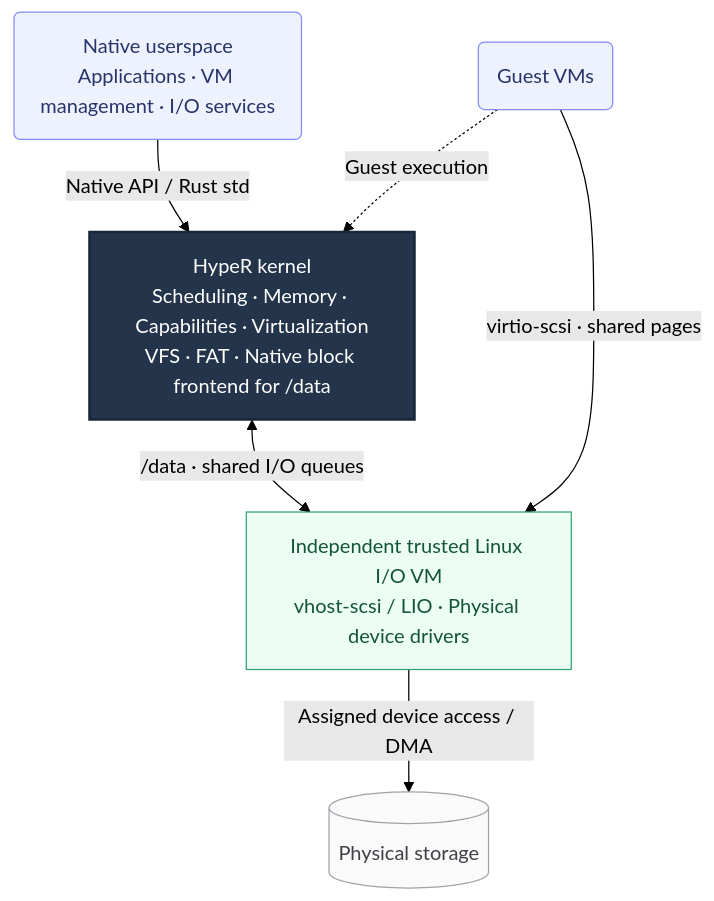
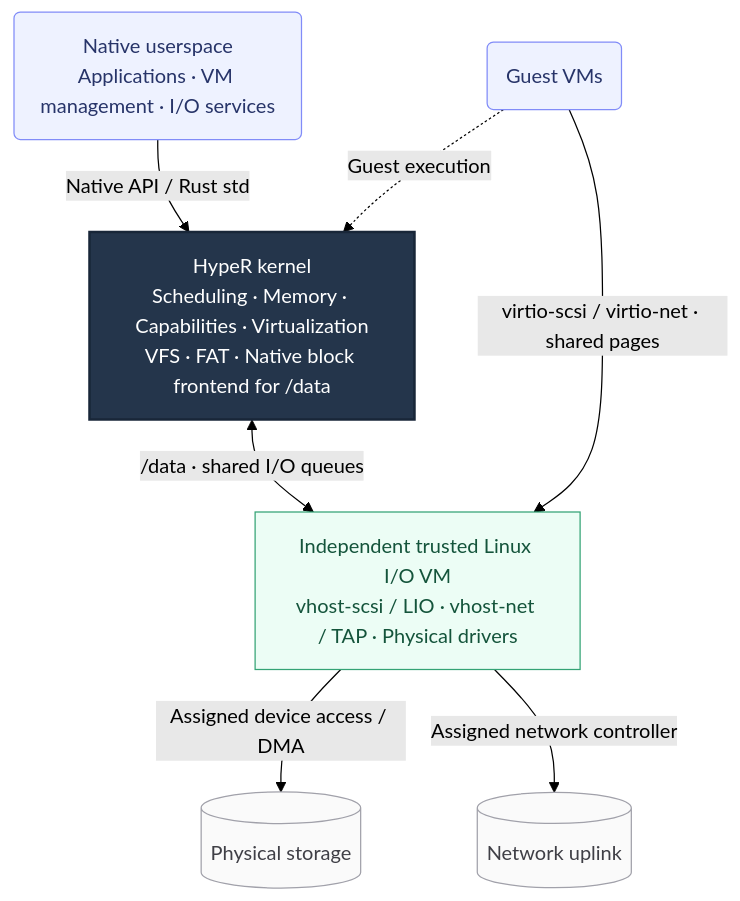
Before and after one commit to roolrz/HypeR: the diagram in README.md, drawn with Mermaid (forest theme). The commit also changed other lines of this file and 173 other files, not shown here.

````diff
--- a/README.md
+++ b/README.md
@@ -25,24 +25,26 @@
 ```mermaid
 flowchart TB
     Apps("Native userspace<br/>Applications · VM management · I/O services")
     Guests("Guest VMs")
 
     Kernel["HypeR kernel<br/>Scheduling · Memory · Capabilities · Virtualization<br/>VFS · FAT · Native block frontend for /data"]
-    IO["Independent trusted Linux I/O VM<br/>vhost-scsi / LIO · Physical device drivers"]
+    IO["Independent trusted Linux I/O VM<br/>vhost-scsi / LIO · vhost-net / TAP · Physical drivers"]
     Disk[("Physical storage")]
+    Net[("Network uplink")]
 
     Apps -->|Native API / Rust std| Kernel
     Guests -.->|Guest execution| Kernel
-    Guests -->|virtio-scsi · shared pages| IO
+    Guests -->|virtio-scsi / virtio-net · shared pages| IO
     Kernel <-->|/data · shared I/O queues| IO
     IO -->|Assigned device access / DMA| Disk
+    IO -->|Assigned network controller| Net
 
     classDef client fill:#eef2ff,stroke:#818cf8,color:#273469
     classDef kernel fill:#24354b,stroke:#182638,color:#ffffff,stroke-width:2px
     classDef backend fill:#ecfdf5,stroke:#34a375,color:#14543b
     classDef device fill:#fafafa,stroke:#a1a1aa,color:#3f3f46
     class Apps,Guests client
     class Kernel kernel
     class IO backend
-    class Disk device
+    class Disk,Net device
 ```
````
